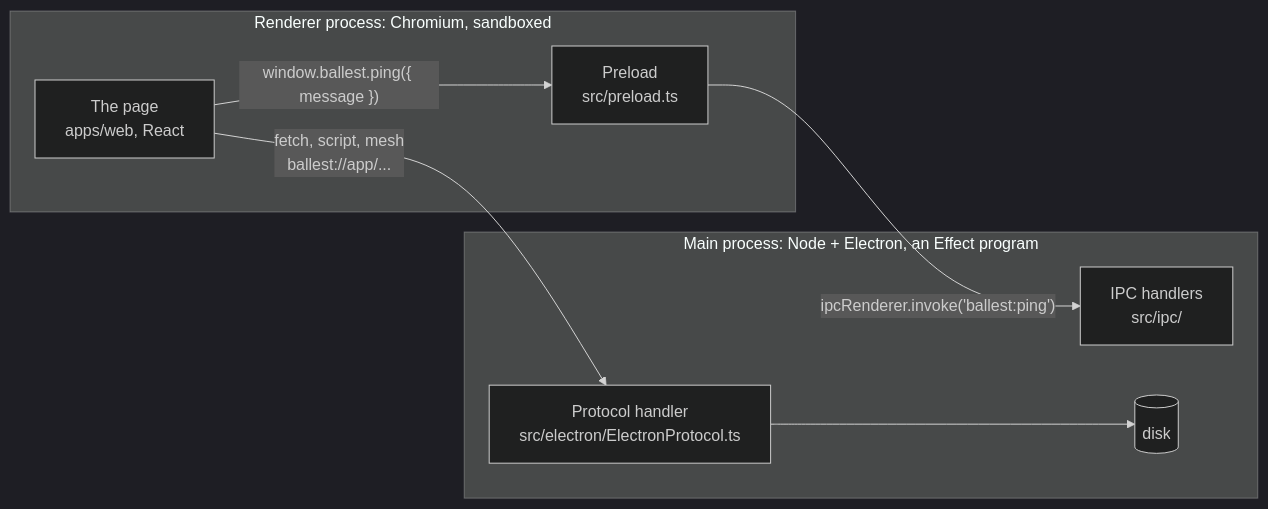
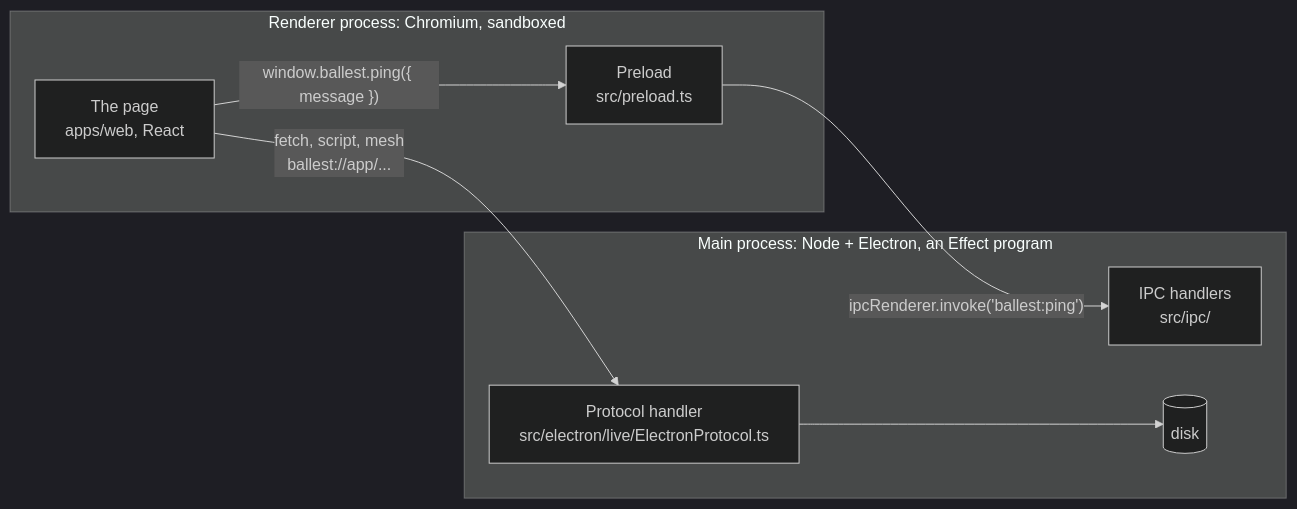
One commit to ballest-editor/ballest-editor changed the first of 3 diagrams in apps/desktop/README.md. Above: the diagram before and after it, drawn with Mermaid (dark theme). The commit also changed other lines of this file and 34 other files, not shown here.

````diff
--- a/apps/desktop/README.md
+++ b/apps/desktop/README.md
@@ -49,14 +49,14 @@
 ```mermaid
 flowchart LR
   subgraph renderer [Renderer process: Chromium, sandboxed]
     page[The page<br/>apps/web, React]
     preload[Preload<br/>src/preload.ts]
   end
   subgraph main [Main process: Node + Electron, an Effect program]
-    protocol[Protocol handler<br/>src/electron/ElectronProtocol.ts]
+    protocol[Protocol handler<br/>src/electron/live/ElectronProtocol.ts]
     ipc[IPC handlers<br/>src/ipc/]
     fs[(disk)]
   end
   page -- "fetch, script, mesh<br/>ballest://app/..." --> protocol --> fs
   page -- "window.ballest.ping({ message })" --> preload -- "ipcRenderer.invoke('ballest:ping')" --> ipc
 ```
````
